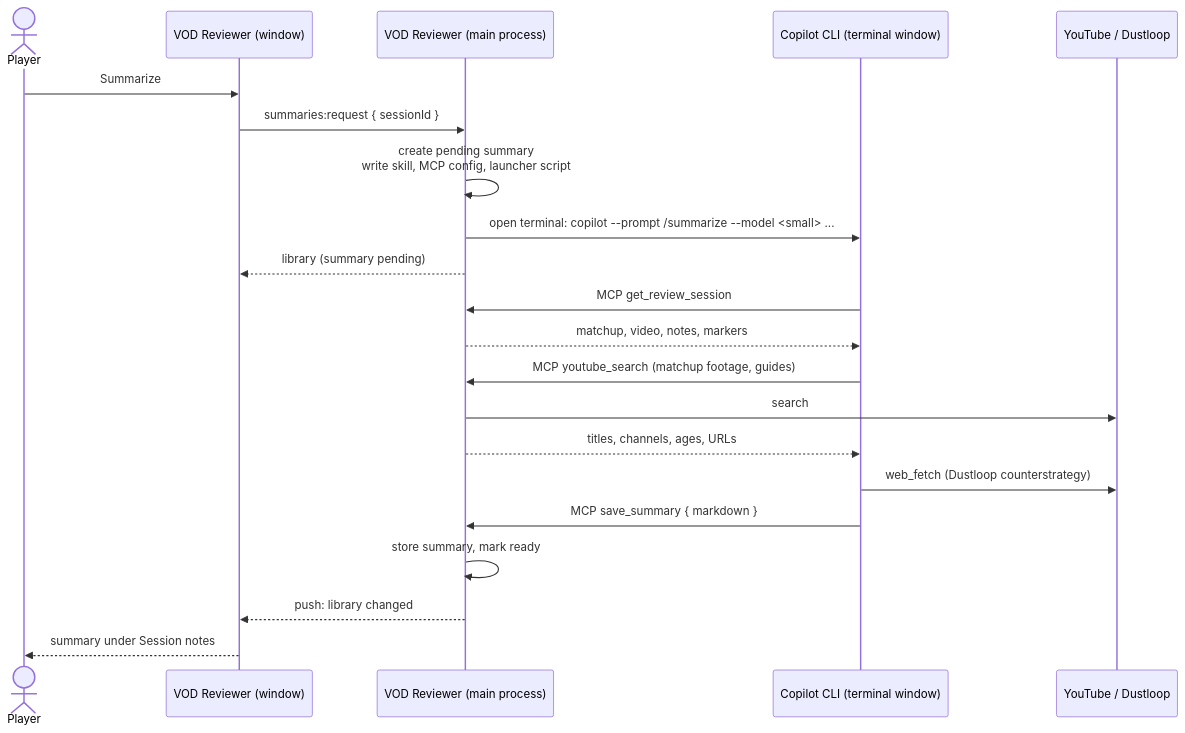
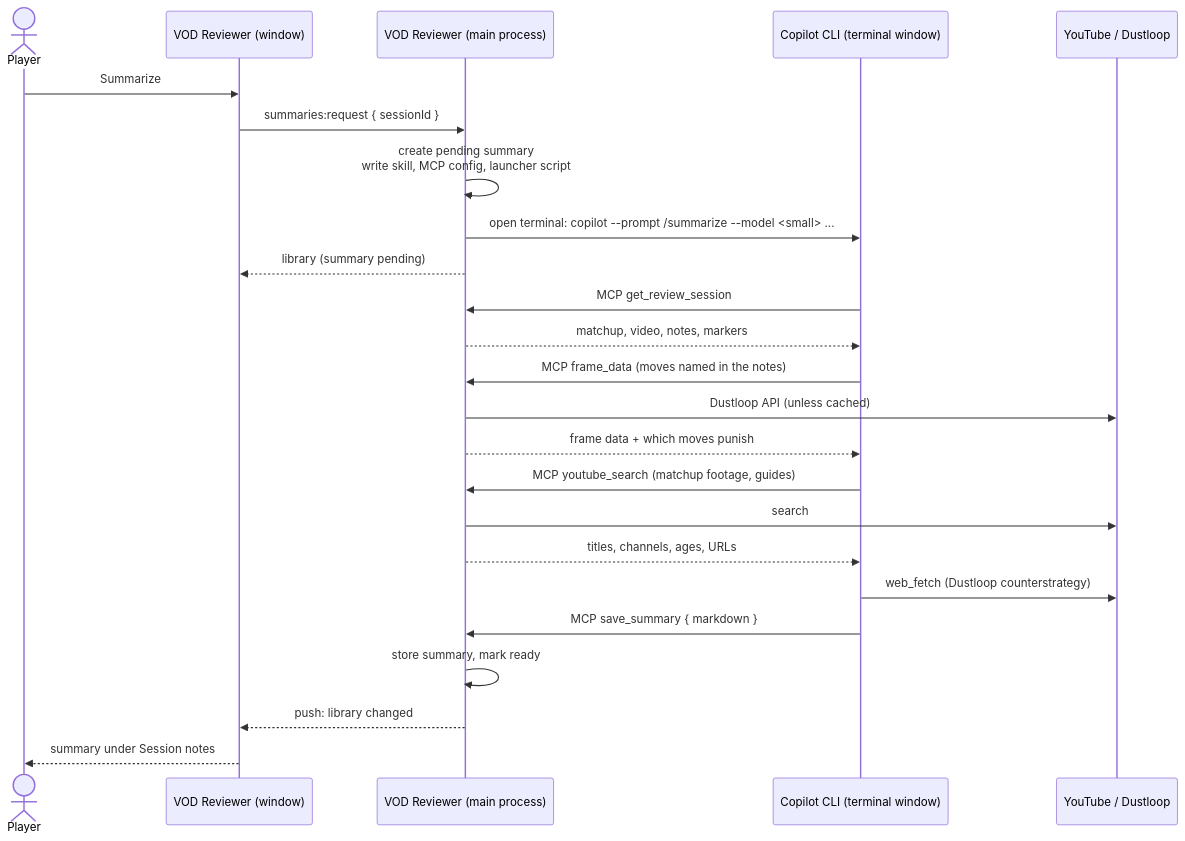
Before and after one commit to cynic04/vod-reviewer: the diagram in docs/agent-harness.md, drawn with Mermaid. The commit also changed other lines of this file and 9 other files, not shown here.

Commit message:
docs: frame data and move pictures (ADR 0012); release 0.4.0

````diff
--- a/docs/agent-harness.md
+++ b/docs/agent-harness.md
@@ -12,24 +12,27 @@
 ```mermaid
 sequenceDiagram
     actor Player
     participant UI as VOD Reviewer (window)
     participant Main as VOD Reviewer (main process)
     participant CLI as Copilot CLI (terminal window)
     participant Web as YouTube / Dustloop
 
     Player->>UI: Summarize
     UI->>Main: summaries:request { sessionId }
     Main->>Main: create pending summary<br/>write skill, MCP config, launcher script
     Main->>CLI: open terminal: copilot --prompt /summarize --model <small> ...
     Main-->>UI: library (summary pending)
     CLI->>Main: MCP get_review_session
     Main-->>CLI: matchup, video, notes, markers
+    CLI->>Main: MCP frame_data (moves named in the notes)
+    Main->>Web: Dustloop API (unless cached)
+    Main-->>CLI: frame data + which moves punish
     CLI->>Main: MCP youtube_search (matchup footage, guides)
     Main->>Web: search
     Main-->>CLI: titles, channels, ages, URLs
     CLI->>Web: web_fetch (Dustloop counterstrategy)
     CLI->>Main: MCP save_summary { markdown }
     Main->>Main: store summary, mark ready
     Main-->>UI: push: library changed
     UI-->>Player: summary under Session notes
 ```
````
